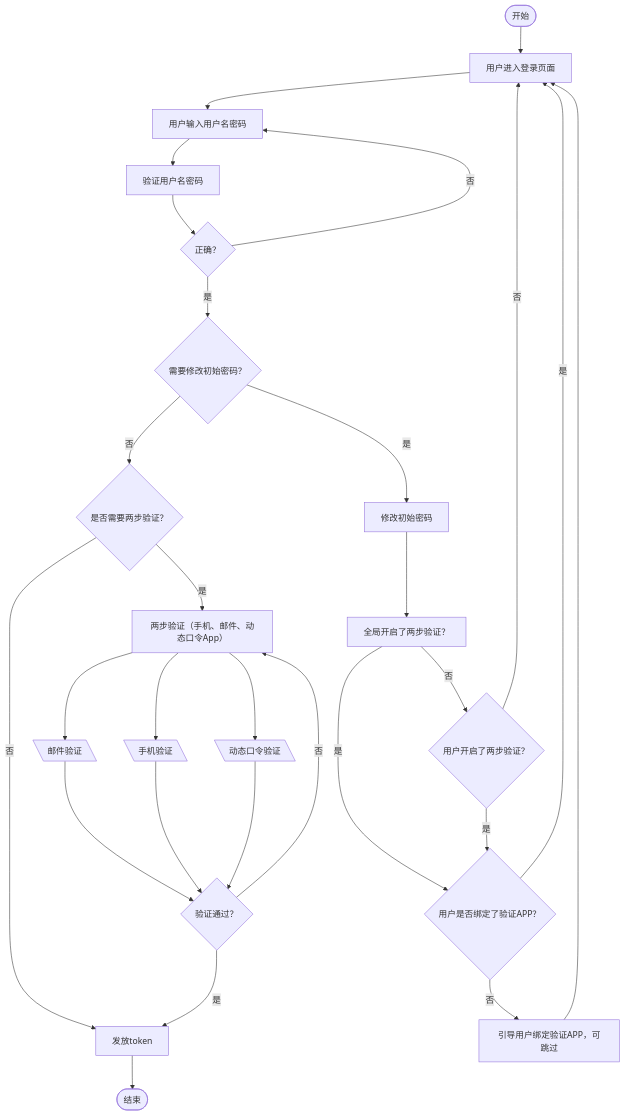
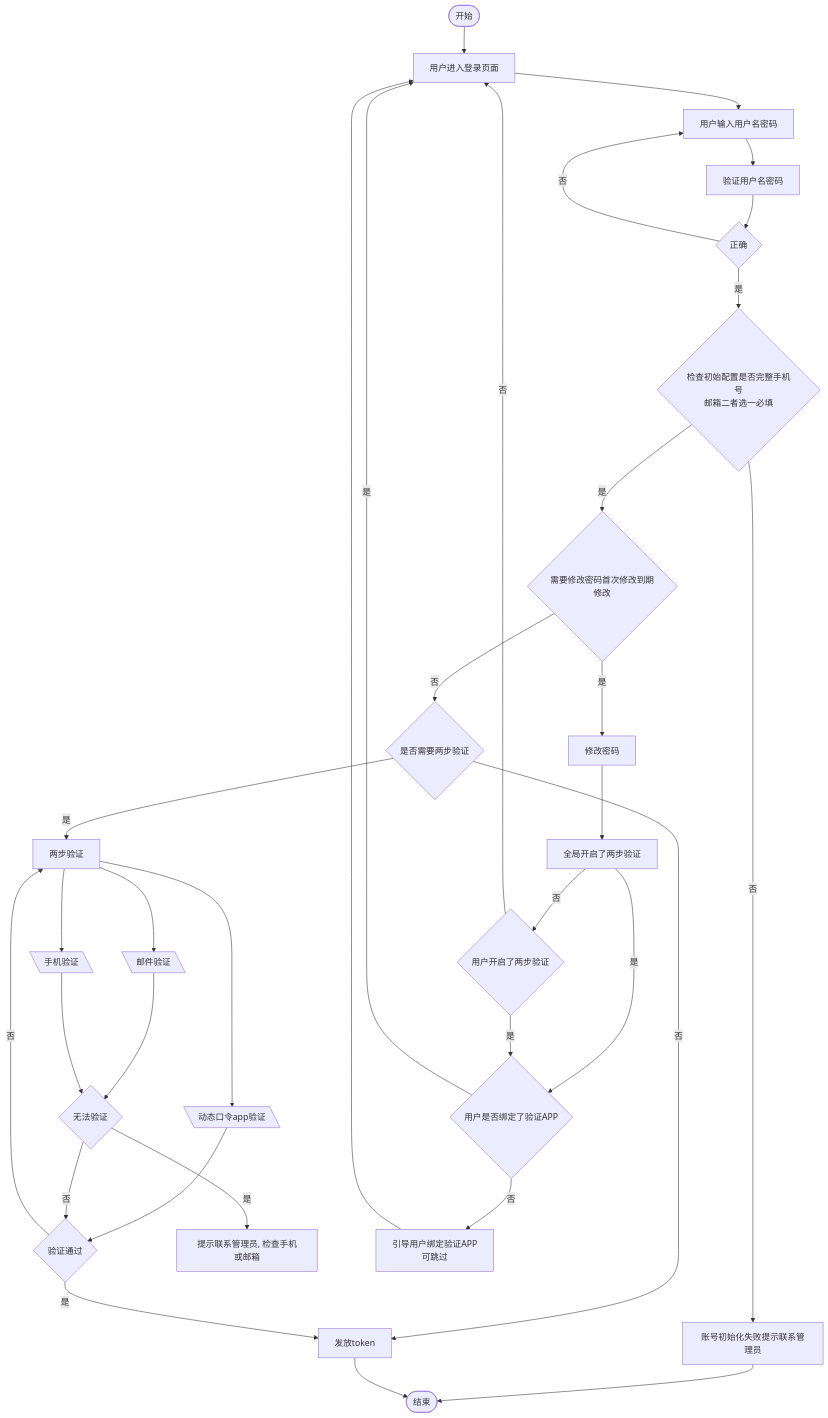
One commit to giacomohuang/mpadmin changed the diagram in _Docs/Login.md. Above: the diagram before and after it, drawn with Mermaid. The commit also changed other lines of this file and 4 other files, not shown here.

````diff
--- a/_Docs/Login.md
+++ b/_Docs/Login.md
@@ -3,32 +3,36 @@
 ```mermaid
 flowchart TB
 START([开始])-->A[用户进入登录页面]
 A-->B[用户输入用户名密码]
 B-->C[验证用户名密码]
-C-->D{正确？}
-D-->|是|E
+C-->D{正确}
+D-->|是|D1{检查初始配置是否完整手机号\n邮箱二者选一必填}
 D-->|否|B
-E{需要修改初始密码？}
-E-->|是|F[修改初始密码]
-E-->|否|K{是否需要两步验证？}
-K-->|是|K1[两步验证（手机、邮件、动态口令App）]
+D1-->|是|E{需要修改密码首次修改到期修改}
+D1-->|否|D2[账号初始化失败提示联系管理员]
+D2-->END
+E-->|是|F[修改密码]
+E-->|否|K{是否需要两步验证}
+K-->|是|K1[两步验证]
+K-->|否|T
+K1-->K13[\动态口令app验证\]
+K13-->L{验证通过}
 K1-->K11[\邮件验证\]
 K1-->K12[\手机验证\]
-K1-->K13[\动态口令验证\]
-K11-->L{验证通过？}
-K12-->L{验证通过？}
-K13-->L{验证通过？}
-K-->|否|T
+K11-->K21{无法验证}
+K12-->K21
+K21-->|是|K3[提示联系管理员, 检查手机或邮箱]
+K21-->|否|L
 L-->|是|T[发放token]
 L-->|否|K1
-
-F-->G[全局开启了两步验证？]
-G-->|是|H{用户是否绑定了验证APP？}
-G-->|否|I{用户开启了两步验证？}
+F-->G[全局开启了两步验证]
+G-->|是|H{用户是否绑定了验证APP}
+G-->|否|I{用户开启了两步验证}
 I-->|是|H
 I-->|否|A
 H-->|是|A
-H-->|否|J[引导用户绑定验证APP，可跳过]
+H-->|否|J[引导用户绑定验证APP\n可跳过]
 J-->A
 T-->END([结束])
+
 ```
````
